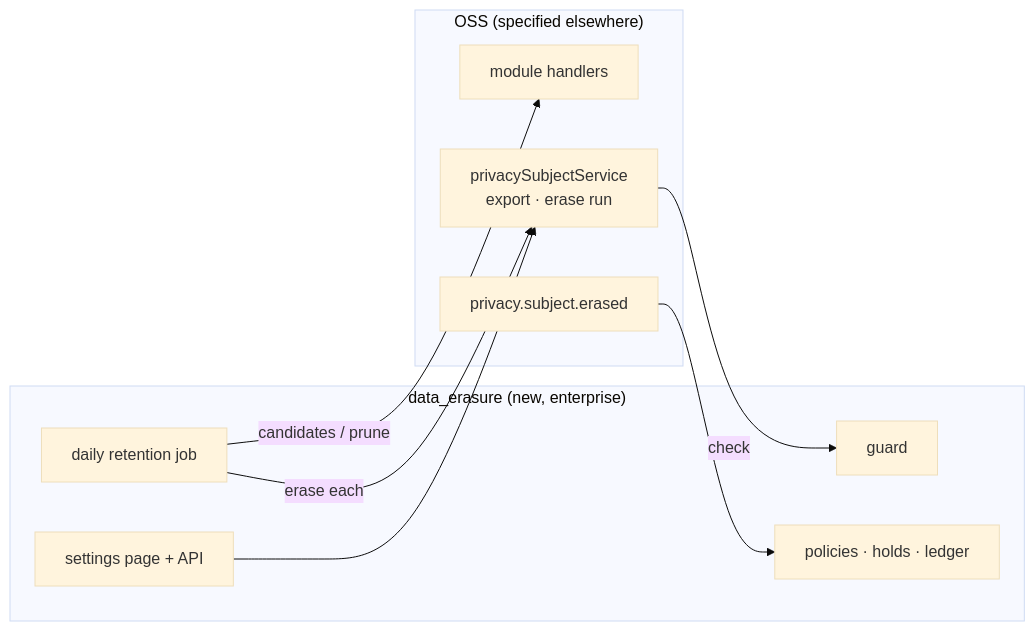
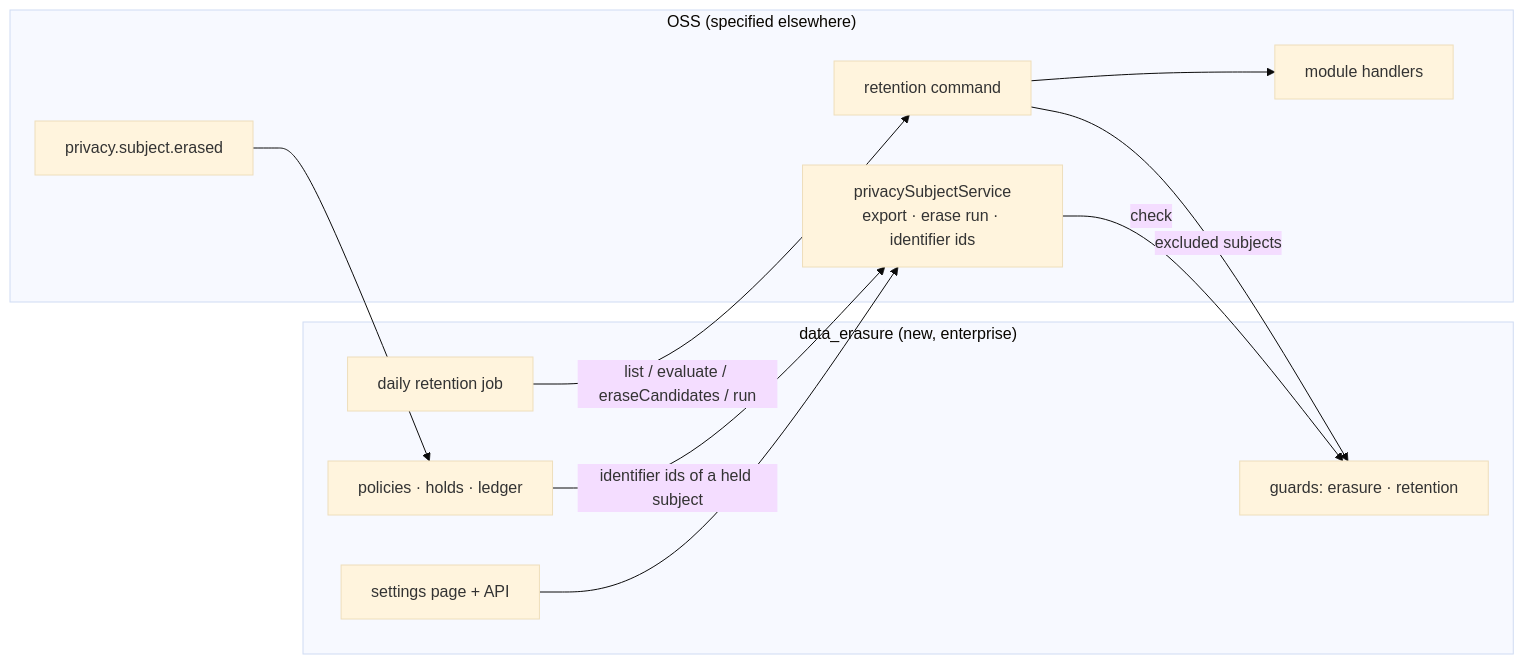
The diagram in .ai/specs/enterprise/2026-11-16-privacy-dsr-engine.md (open-mercato/open-mercato), drawn with Mermaid (base theme) before and after one commit. The commit also changed other lines of this file and 50 other files, not shown here.

````diff
--- a/.ai/specs/enterprise/2026-11-16-privacy-dsr-engine.md
+++ b/.ai/specs/enterprise/2026-11-16-privacy-dsr-engine.md
@@ -187,19 +298,22 @@
 ```mermaid
 flowchart LR
   subgraph ENT["data_erasure (new, enterprise)"]
     P["policies · holds · ledger"]
     J["daily retention job"]
-    G["guard"]
+    G["guards: erasure · retention"]
     UI["settings page + API"]
   end
   subgraph OSS["OSS (specified elsewhere)"]
-    S["privacySubjectService<br/>export · erase run"]
+    S["privacySubjectService<br/>export · erase run · identifier ids"]
+    R["retention command"]
     H["module handlers"]
     EV["privacy.subject.erased"]
   end
   UI --> S
-  J -- "candidates / prune" --> H
-  J -- "erase each" --> S
+  J -- "list / evaluate / eraseCandidates / run" --> R
+  R --> H
   S -- "check" --> G
+  R -- "excluded subjects" --> G
+  P -- "identifier ids of a held subject" --> S
   EV --> P
 ```
````
